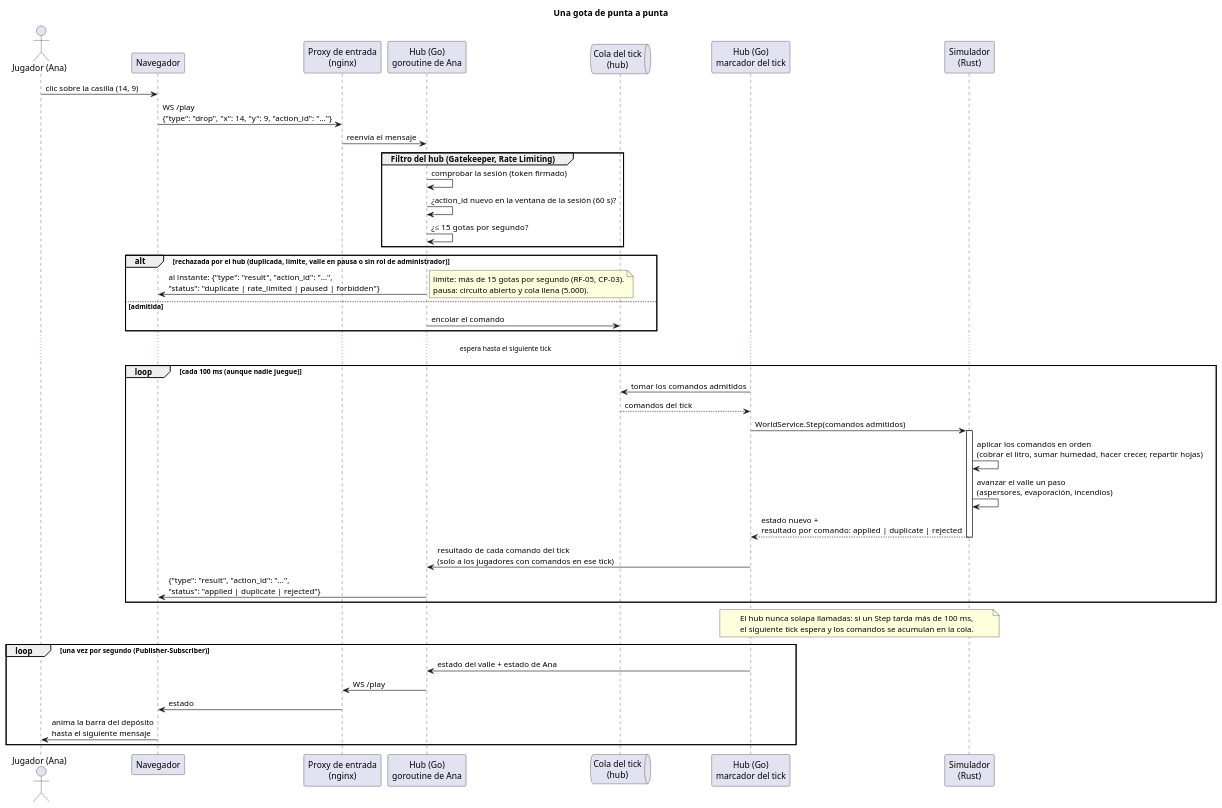
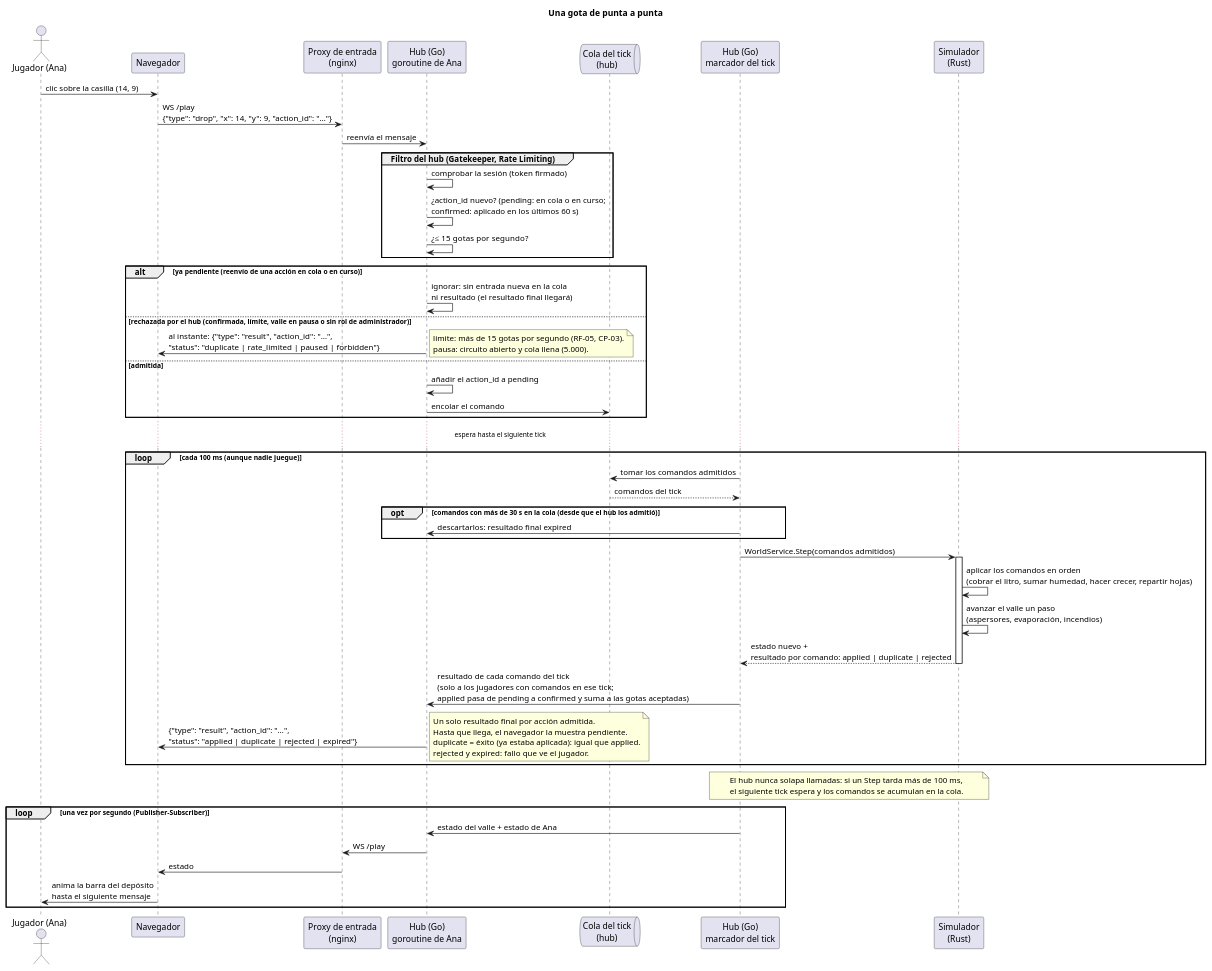
Before and after one commit to iadev2005/hydrovalley: the diagram in docs/diagrams/03-secuencia-gota.puml, drawn with PlantUML. The commit also changed 5 other files, not shown here.

```diff
--- a/docs/diagrams/03-secuencia-gota.puml
+++ b/docs/diagrams/03-secuencia-gota.puml
@@ -1,59 +1,71 @@
 @startuml 03-secuencia-gota
 title Una gota de punta a punta
 
 actor "Jugador (Ana)" as Ana
 participant "Navegador" as Browser
 participant "Proxy de entrada\n(nginx)" as Proxy
 participant "Hub (Go)\ngoroutine de Ana" as Goroutine
 queue "Cola del tick\n(hub)" as Queue
 participant "Hub (Go)\nmarcador del tick" as Ticker
 participant "Simulador\n(Rust)" as World
 
 Ana -> Browser : clic sobre la casilla (14, 9)
 Browser -> Proxy : WS /play\n{"type": "drop", "x": 14, "y": 9, "action_id": "…"}
 Proxy -> Goroutine : reenvía el mensaje
 
 group Filtro del hub (Gatekeeper, Rate Limiting)
   Goroutine -> Goroutine : comprobar la sesión (token firmado)
-  Goroutine -> Goroutine : ¿action_id nuevo en la ventana de la sesión (60 s)?
+  Goroutine -> Goroutine : ¿action_id nuevo? (pending: en cola o en curso;\nconfirmed: aplicado en los últimos 60 s)
   Goroutine -> Goroutine : ¿≤ 15 gotas por segundo?
 end
 
-alt rechazada por el hub (duplicada, límite, valle en pausa o sin rol de administrador)
+alt ya pendiente (reenvío de una acción en cola o en curso)
+  Goroutine -> Goroutine : ignorar: sin entrada nueva en la cola\nni resultado (el resultado final llegará)
+else rechazada por el hub (confirmada, límite, valle en pausa o sin rol de administrador)
   Goroutine -> Browser : al instante: {"type": "result", "action_id": "…",\n"status": "duplicate | rate_limited | paused | forbidden"}
   note right
     limite: más de 15 gotas por segundo (RF-05, CP-03).
     pausa: circuito abierto y cola llena (5.000).
   end note
 else admitida
+  Goroutine -> Goroutine : añadir el action_id a pending
   Goroutine -> Queue : encolar el comando
 end
 
 ... espera hasta el siguiente tick ...
 
 loop cada 100 ms (aunque nadie juegue)
   Ticker -> Queue : tomar los comandos admitidos
   Queue --> Ticker : comandos del tick
+  opt comandos con más de 30 s en la cola (desde que el hub los admitió)
+    Ticker -> Goroutine : descartarlos: resultado final expired
+  end
   Ticker -> World : WorldService.Step(comandos admitidos)
   activate World
   World -> World : aplicar los comandos en orden\n(cobrar el litro, sumar humedad, hacer crecer, repartir hojas)
   World -> World : avanzar el valle un paso\n(aspersores, evaporación, incendios)
   World --> Ticker : estado nuevo +\nresultado por comando: applied | duplicate | rejected
   deactivate World
-  Ticker -> Goroutine : resultado de cada comando del tick\n(solo a los jugadores con comandos en ese tick)
-  Goroutine -> Browser : {"type": "result", "action_id": "…",\n"status": "applied | duplicate | rejected"}
+  Ticker -> Goroutine : resultado de cada comando del tick\n(solo a los jugadores con comandos en ese tick;\napplied pasa de pending a confirmed y suma a las gotas aceptadas)
+  Goroutine -> Browser : {"type": "result", "action_id": "…",\n"status": "applied | duplicate | rejected | expired"}
+  note right
+    Un solo resultado final por acción admitida.
+    Hasta que llega, el navegador la muestra pendiente.
+    duplicate = éxito (ya estaba aplicada): igual que applied.
+    rejected y expired: fallo que ve el jugador.
+  end note
 end
 
 note over Ticker, World
   El hub nunca solapa llamadas: si un Step tarda más de 100 ms,
   el siguiente tick espera y los comandos se acumulan en la cola.
 end note
 
 loop una vez por segundo (Publisher-Subscriber)
   Ticker -> Goroutine : estado del valle + estado de Ana
   Goroutine -> Proxy : WS /play
   Proxy -> Browser : estado
   Browser -> Ana : anima la barra del depósito\nhasta el siguiente mensaje
 end
 
 @enduml
```
